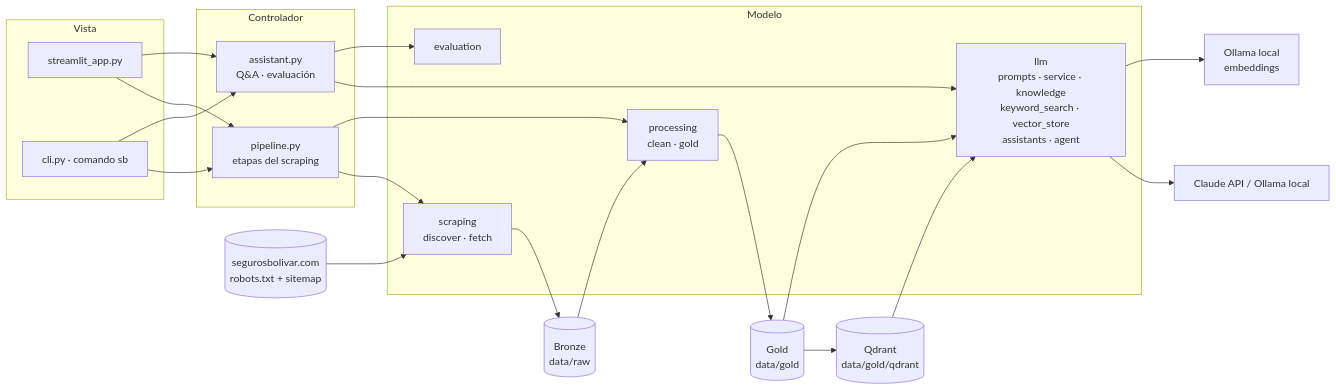
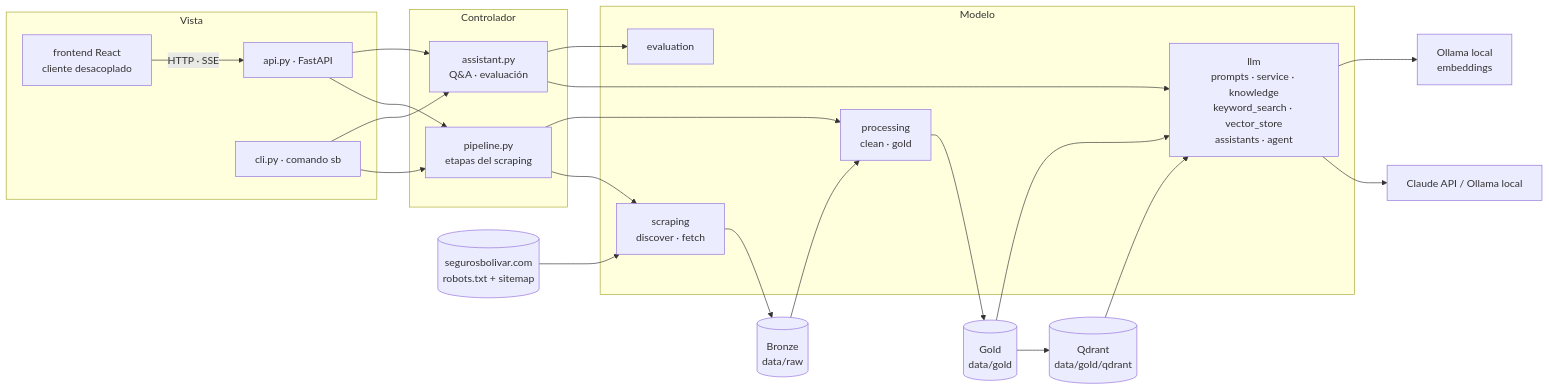
The first of 2 diagrams in README.md (anakmedina08/advanced-ai-lab), drawn with Mermaid before and after one commit. The commit also changed other lines of this file and 46 other files, not shown here.

Commit message:
refactor(frontend)!: retirar Streamlit del proyecto

````diff
--- a/README.md
+++ b/README.md
@@ -129,27 +121,27 @@
 ```mermaid
 flowchart LR
     subgraph V[Vista]
-        UI[streamlit_app.py]
+        FE[frontend React<br/>cliente desacoplado] -->|HTTP · SSE| UI[api.py · FastAPI]
         CLI[cli.py · comando sb]
     end
     subgraph C[Controlador]
         P[pipeline.py<br/>etapas del scraping]
         A[assistant.py<br/>Q&A · evaluación]
     end
     subgraph M[Modelo]
         SC[scraping<br/>discover · fetch]
         PR[processing<br/>clean · gold]
         LLM[llm<br/>prompts · service · knowledge<br/>keyword_search · vector_store<br/>assistants · agent]
         EV[evaluation]
     end
     W[(segurosbolivar.com<br/>robots.txt + sitemap)] --> SC
     SC --> B[(Bronze<br/>data/raw)] --> PR --> G[(Gold<br/>data/gold)]
     UI --> P & A
     CLI --> P & A
     P --> SC & PR
     A --> LLM & EV
     G --> LLM
     G --> Q[(Qdrant<br/>data/gold/qdrant)] --> LLM
     LLM --> CL[Claude API / Ollama local]
     LLM --> OE[Ollama local<br/>embeddings]
 ```
````
